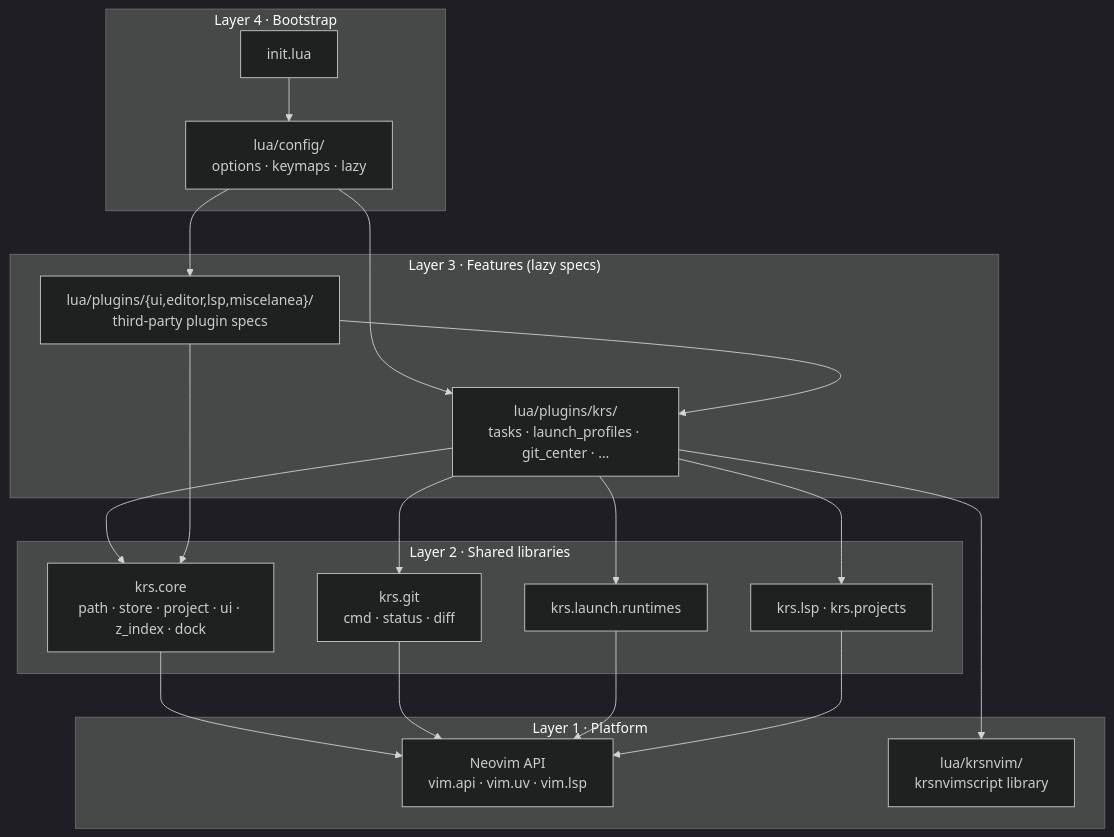
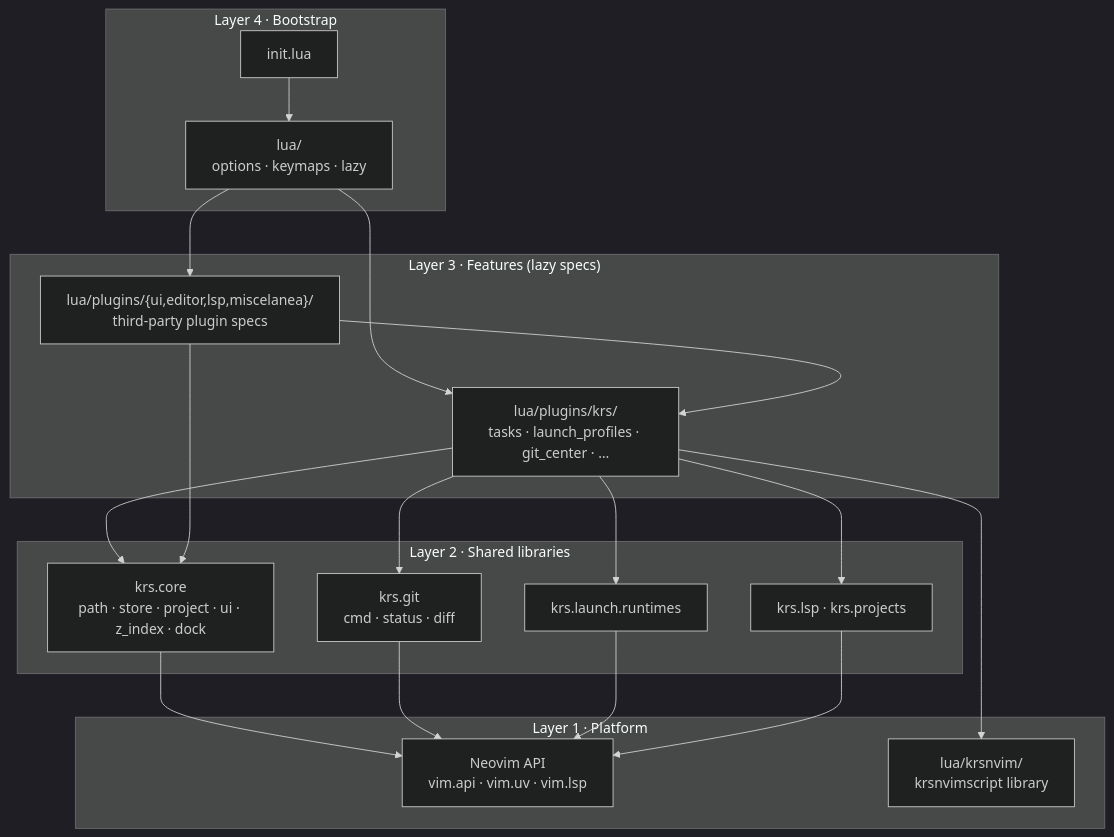
The first of 5 diagrams in docs/architecture.md (KristanLaimon/nvim-config), drawn with Mermaid (dark theme) before and after one commit. The commit also changed other lines of this file and 4 other files, not shown here.

````diff
--- a/docs/architecture.md
+++ b/docs/architecture.md
@@ -67,39 +67,39 @@
 ```mermaid
 graph TD
     subgraph L4["Layer 4 · Bootstrap"]
         INIT["init.lua"]
-        CONFIG["lua/config/<br/>options · keymaps · lazy"]
+        CONFIG["lua/<br/>options · keymaps · lazy"]
     end
 
     subgraph L3["Layer 3 · Features (lazy specs)"]
         KRSPLUG["lua/plugins/krs/<br/>tasks · launch_profiles · git_center · …"]
         THIRD["lua/plugins/{ui,editor,lsp,miscelanea}/<br/>third-party plugin specs"]
     end
 
     subgraph L2["Layer 2 · Shared libraries"]
         CORE["krs.core<br/>path · store · project · ui · z_index · dock"]
         GIT["krs.git<br/>cmd · status · diff"]
         LAUNCH["krs.launch.runtimes"]
         KRSLSP["krs.lsp · krs.projects"]
     end
 
     subgraph L1["Layer 1 · Platform"]
         NVIM["Neovim API<br/>vim.api · vim.uv · vim.lsp"]
         KRSNVIM["lua/krsnvim/<br/>krsnvimscript library"]
     end
 
     INIT --> CONFIG
     CONFIG --> KRSPLUG
     CONFIG --> THIRD
     KRSPLUG --> CORE
     KRSPLUG --> GIT
     KRSPLUG --> LAUNCH
     KRSPLUG --> KRSLSP
     THIRD --> CORE
     THIRD --> KRSPLUG
     CORE --> NVIM
     GIT --> NVIM
     LAUNCH --> NVIM
     KRSLSP --> NVIM
     KRSPLUG --> KRSNVIM
 ```
````
